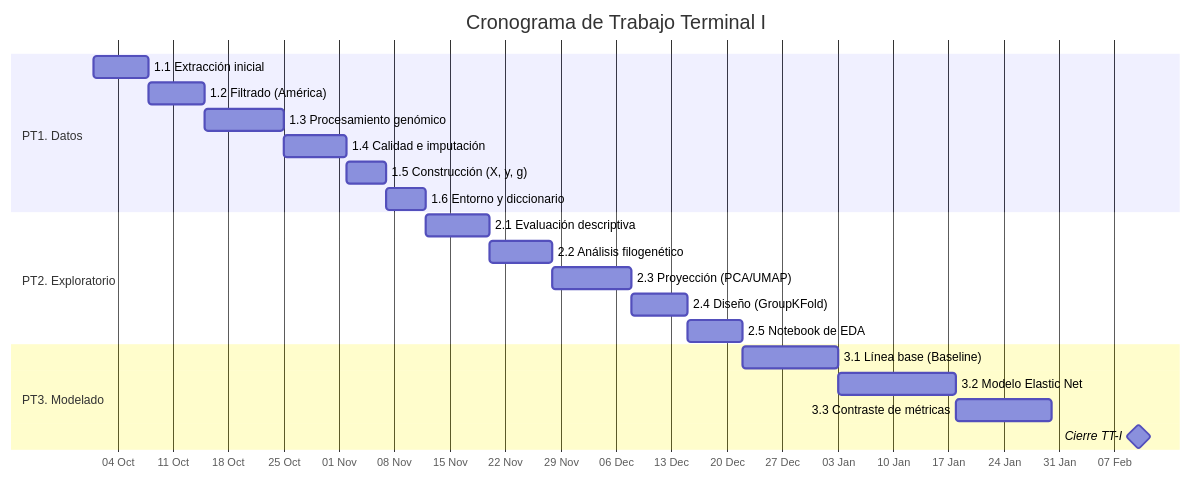
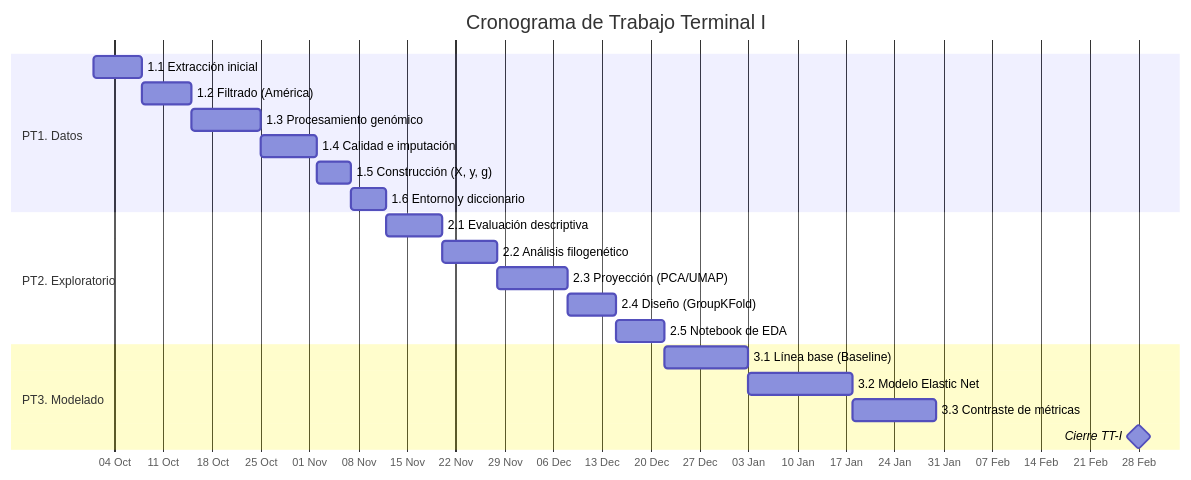
The diagram in README.md (FernandaCedilloo/proyecto-tt-snp), drawn with Mermaid before and after one commit.

````diff
--- a/README.md
+++ b/README.md
@@ -2,28 +2,28 @@
 ```mermaid
 gantt
     title Cronograma de Trabajo Terminal I
     dateFormat  YYYY-MM-DD
     axisFormat  %d %b
     tickInterval 1week
 
     section PT1. Datos
     1.1 Extracción inicial        :a1, 2026-10-01, 7d
     1.2 Filtrado (América)        :a2, after a1, 7d
     1.3 Procesamiento genómico    :a3, after a2, 10d
     1.4 Calidad e imputación      :a4, after a3, 8d
     1.5 Construcción (X, y, g)    :a5, after a4, 5d
     1.6 Entorno y diccionario     :a6, after a5, 5d
 
     section PT2. Exploratorio
     2.1 Evaluación descriptiva    :b1, after a6, 8d
     2.2 Análisis filogenético     :b2, after b1, 8d
     2.3 Proyección (PCA/UMAP)     :b3, after b2, 10d
     2.4 Diseño (GroupKFold)       :b4, after b3, 7d
     2.5 Notebook de EDA           :b5, after b4, 7d
 
     section PT3. Modelado
     3.1 Línea base (Baseline)     :c1, after b5, 12d
     3.2 Modelo Elastic Net        :c2, after c1, 15d
     3.3 Contraste de métricas     :c3, after c2, 12d
-    Cierre TT-I                   :milestone, 2027-02-10, 0d
+    Cierre TT-I                   :milestone, 2027-02-28, 0d
 ```
````
